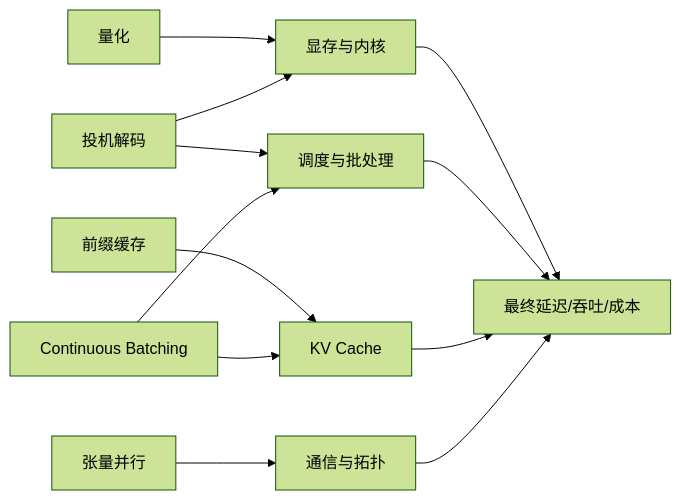
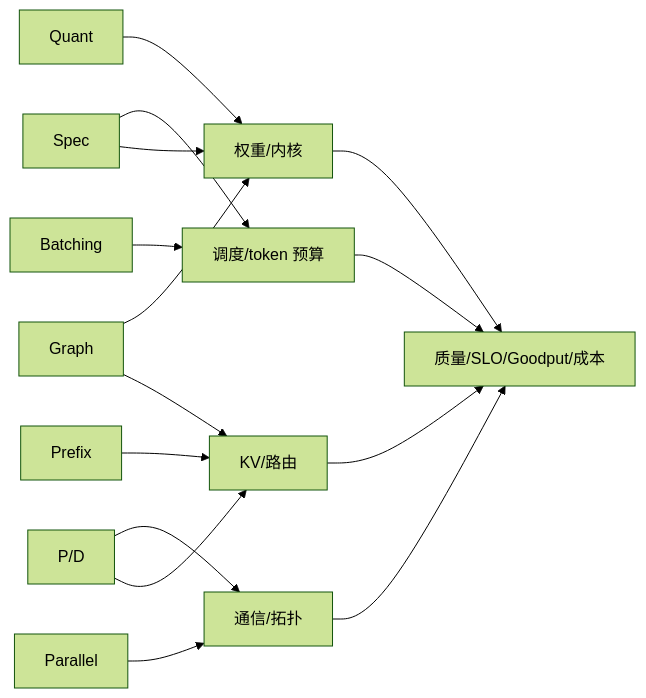
The first of 3 diagrams in docs/guides/模块四-推理优化/第11章-推理优化选型与端到端实战/11.2-优化组合注意事项.md (caomaolufei/AIInfraGuide), drawn with Mermaid (forest theme) before and after one commit. The commit also changed other lines of this file and 53 other files, not shown here.

````diff
--- a/docs/guides/模块四-推理优化/第11章-推理优化选型与端到端实战/11.2-优化组合注意事项.md
+++ b/docs/guides/模块四-推理优化/第11章-推理优化选型与端到端实战/11.2-优化组合注意事项.md
@@ -35,14 +77,17 @@
 ```mermaid
 flowchart LR
-    Q["量化"] --> M["显存与内核"]
-    S["投机解码"] --> M
-    S --> D["调度与批处理"]
-    C["前缀缓存"] --> K["KV Cache"]
-    B["Continuous Batching"] --> K
-    B --> D
-    P["张量并行"] --> N["通信与拓扑"]
-    M --> R["最终延迟/吞吐/成本"]
-    D --> R
+    Q["Quant"] --> M["权重/内核"]
+    B["Batching"] --> S["调度/token 预算"]
+    C["Prefix"] --> K["KV/路由"]
+    D["Spec"] --> S
+    D --> M
+    P["Parallel"] --> N["通信/拓扑"]
+    X["P/D"] --> N
+    X --> K
+    G["Graph"] --> M
+    G --> K
+    M --> R["质量/SLO/Goodput/成本"]
+    S --> R
     K --> R
     N --> R
 ```
````
